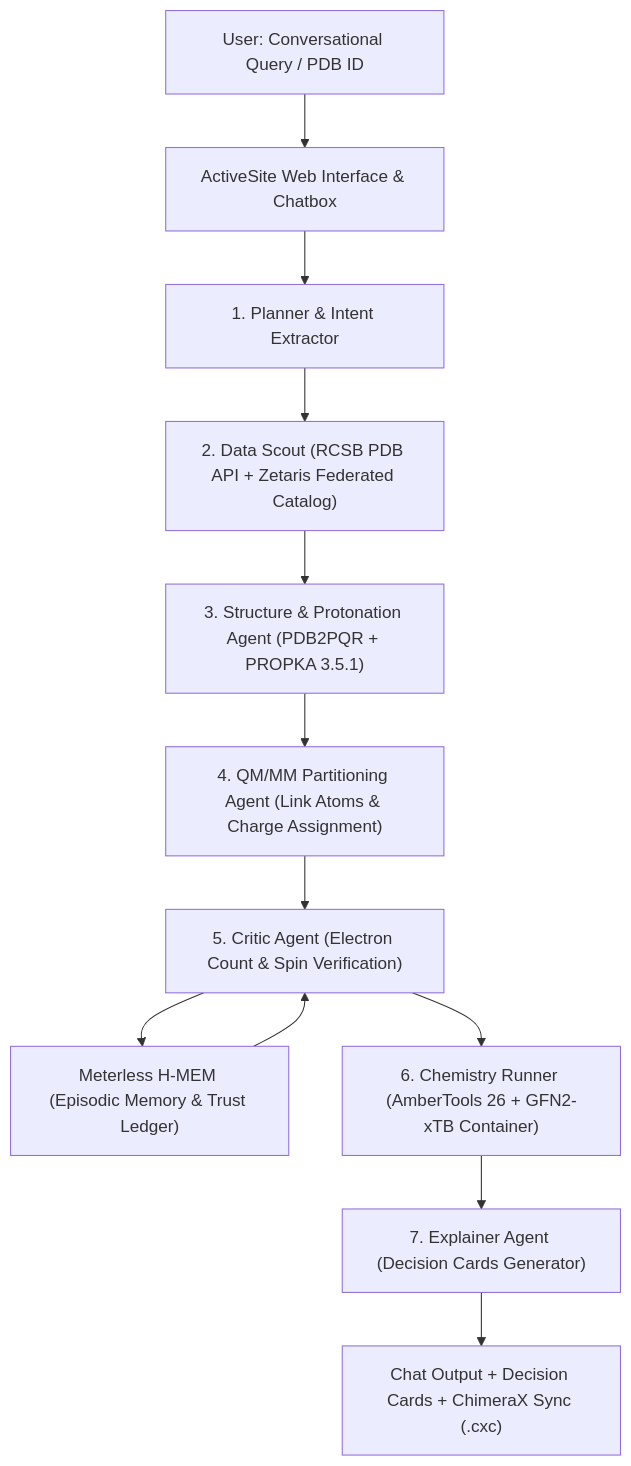
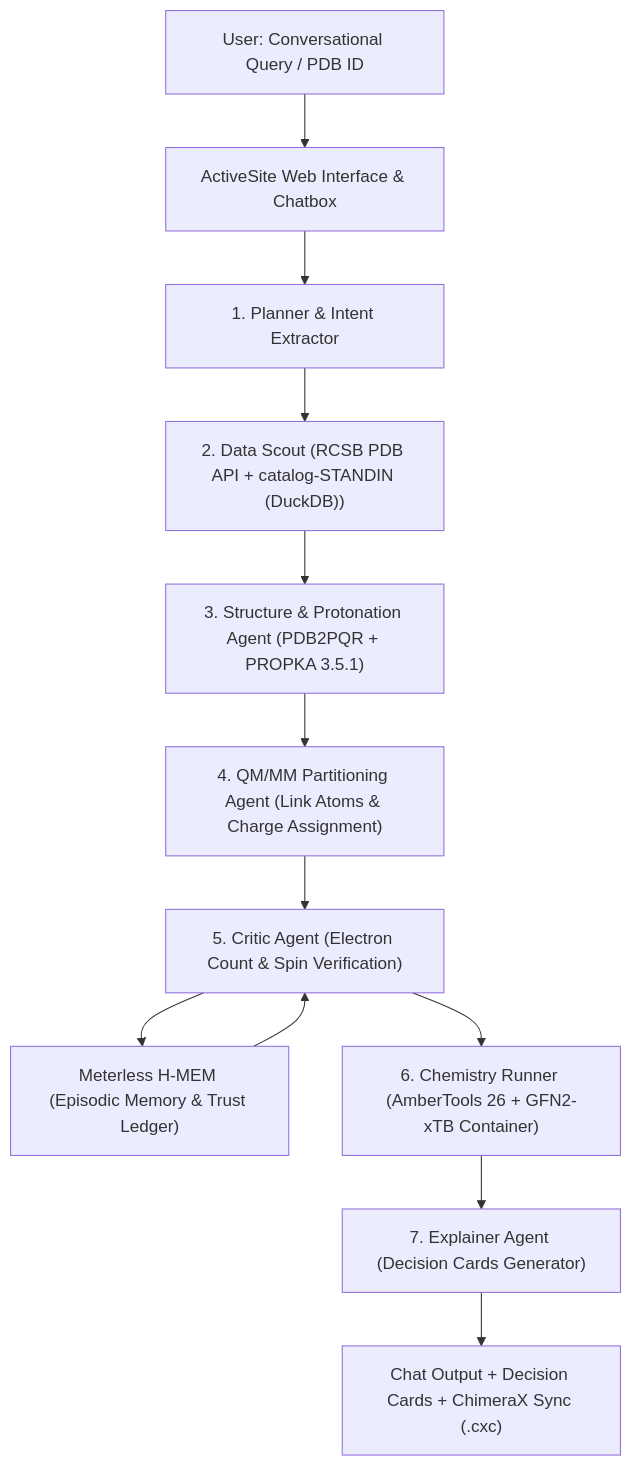
The diagram in README.md (KhangLuong314/ActiveSite-QM-MM), drawn with Mermaid before and after one commit. The commit also changed other lines of this file and 2 other files, not shown here.

First line of the commit message:
catalog: name the DuckDB catalog 'catalog-STANDIN (DuckDB)'

````diff
--- a/README.md
+++ b/README.md
@@ -39,14 +41,14 @@
 ```mermaid
 flowchart TD
     User["User: Conversational Query / PDB ID"] --> Chat["ActiveSite Web Interface & Chatbox"]
     Chat --> Planner["1. Planner & Intent Extractor"]
-    Planner --> Scout["2. Data Scout (RCSB PDB API + Zetaris Federated Catalog)"]
+    Planner --> Scout["2. Data Scout (RCSB PDB API + catalog-STANDIN (DuckDB))"]
     Scout --> Prep["3. Structure & Protonation Agent (PDB2PQR + PROPKA 3.5.1)"]
     Prep --> Setup["4. QM/MM Partitioning Agent (Link Atoms & Charge Assignment)"]
     Setup --> Critic["5. Critic Agent (Electron Count & Spin Verification)"]
     Critic --> Memory["Meterless H-MEM (Episodic Memory & Trust Ledger)"]
     Memory --> Critic
     Critic --> Runner["6. Chemistry Runner (AmberTools 26 + GFN2-xTB Container)"]
     Runner --> Explainer["7. Explainer Agent (Decision Cards Generator)"]
     Explainer --> UI["Chat Output + Decision Cards + ChimeraX Sync (.cxc)"]
 ```
````
